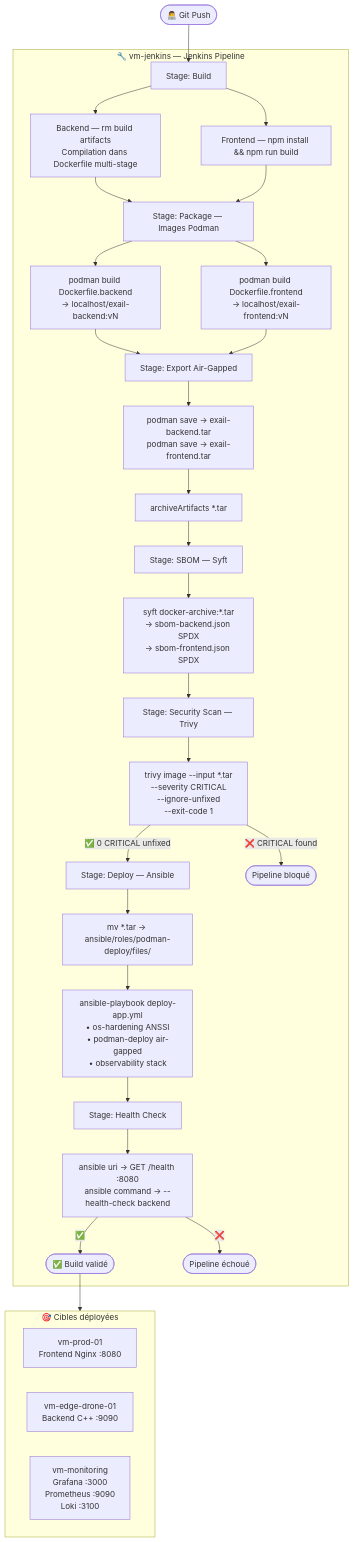
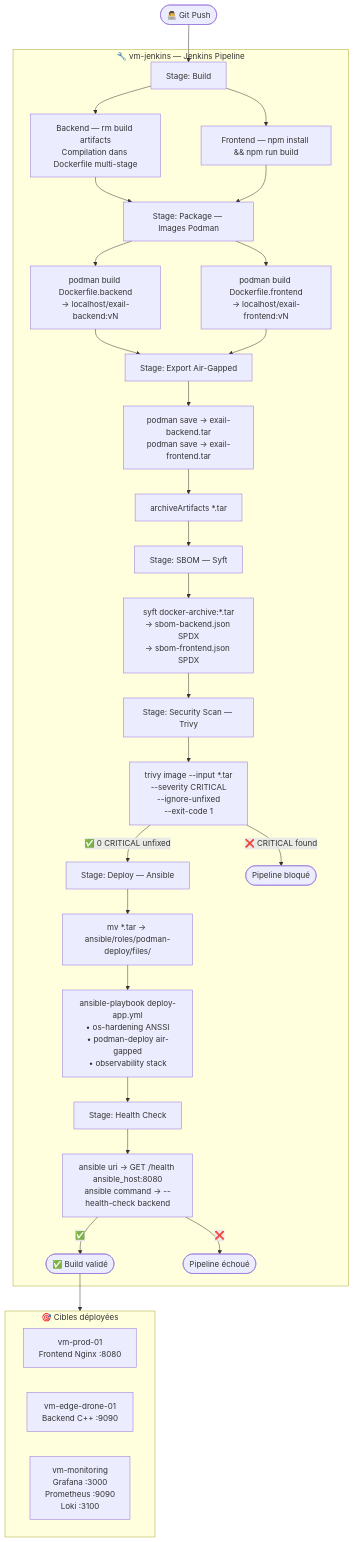
One commit to clementtrecourt/Exail-poc changed the diagram in README.md. Above: the diagram before and after it, drawn with Mermaid. The commit also changed other lines of this file, not shown here.

````diff
--- a/README.md
+++ b/README.md
@@ -95,48 +95,48 @@
 ```mermaid
 flowchart TD
     A([👨‍💻 Git Push]) --> B
 
     subgraph JENKINS ["🔧 vm-jenkins — Jenkins Pipeline"]
         B[Stage: Build]
         B --> B1[Backend — rm build artifacts\nCompilation dans Dockerfile multi-stage]
         B --> B2[Frontend — npm install && npm run build]
         B1 & B2 --> C
 
         C[Stage: Package — Images Podman]
         C --> C1["podman build Dockerfile.backend\n→ localhost/exail-backend:vN"]
         C --> C2["podman build Dockerfile.frontend\n→ localhost/exail-frontend:vN"]
         C1 & C2 --> D
 
         D[Stage: Export Air-Gapped]
         D --> D1["podman save → exail-backend.tar\npodman save → exail-frontend.tar"]
         D1 --> D2[archiveArtifacts *.tar]
         D2 --> E
 
         E[Stage: SBOM — Syft]
         E --> E1["syft docker-archive:*.tar\n→ sbom-backend.json SPDX\n→ sbom-frontend.json SPDX"]
         E1 --> F
 
         F[Stage: Security Scan — Trivy]
         F --> F1["trivy image --input *.tar\n--severity CRITICAL\n--ignore-unfixed\n--exit-code 1"]
         F1 -->|✅ 0 CRITICAL unfixed| G
         F1 -->|❌ CRITICAL found| FAIL([Pipeline bloqué])
 
         G[Stage: Deploy — Ansible]
         G --> G1["mv *.tar → ansible/roles/podman-deploy/files/"]
         G1 --> G2["ansible-playbook deploy-app.yml\n• os-hardening ANSSI\n• podman-deploy air-gapped\n• observability stack"]
         G2 --> H
 
         H[Stage: Health Check]
-        H --> H1["ansible uri → GET /health :8080\nansible command → --health-check backend"]
+        H --> H1["ansible uri → GET /health ansible_host:8080\nansible command → --health-check backend"]
         H1 -->|✅| SUCCESS([✅ Build validé])
         H1 -->|❌| FAIL2([Pipeline échoué])
     end
 
     SUCCESS --> TARGETS
 
     subgraph TARGETS ["🎯 Cibles déployées"]
         T1["vm-prod-01\nFrontend Nginx :8080"]
         T2["vm-edge-drone-01\nBackend C++ :9090"]
         T3["vm-monitoring\nGrafana :3000\nPrometheus :9090\nLoki :3100"]
     end
 ```
````
